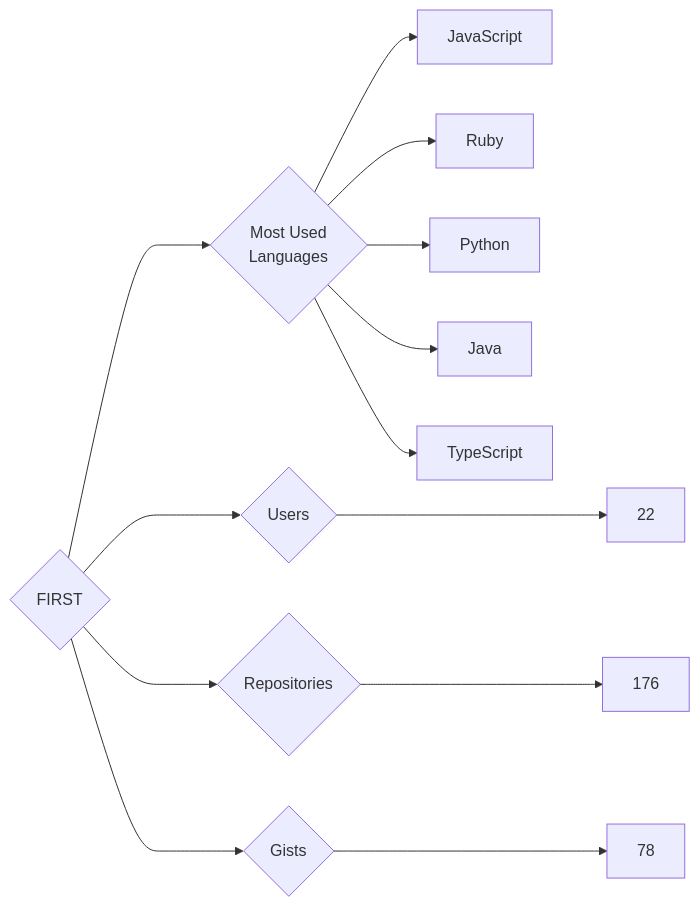
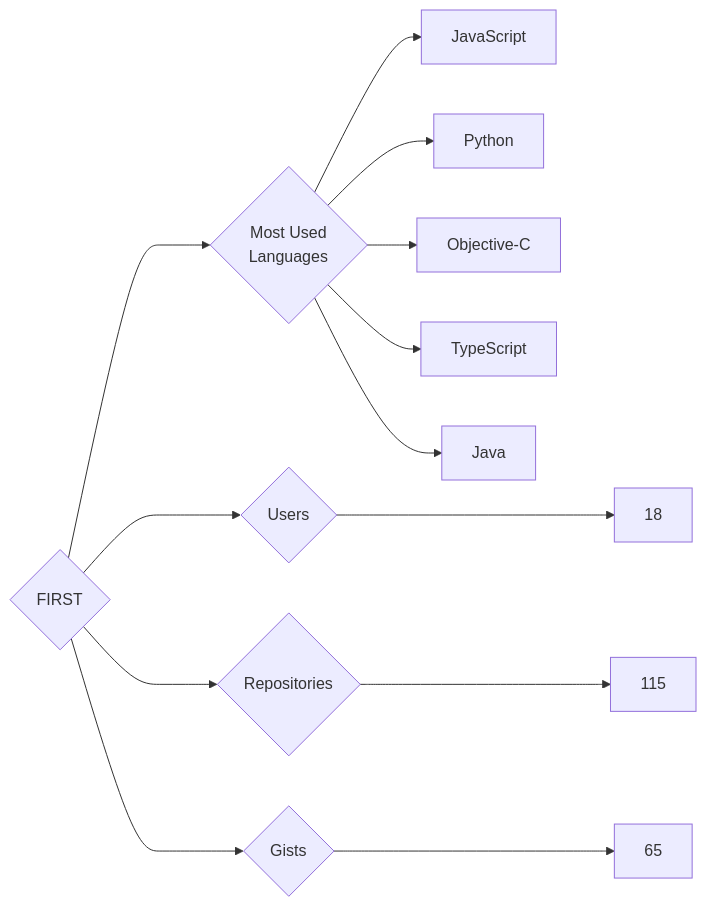
One commit to trickest/insiders changed the diagram in targets/FIRST/README.md. Above: the diagram before and after it, drawn with Mermaid. The commit also changed 895 other files, not shown here.

````diff
--- a/targets/FIRST/README.md
+++ b/targets/FIRST/README.md
@@ -3,13 +3,13 @@
 ```mermaid
 graph LR
 COMPANY_NAME{FIRST}
-COMPANY_NAME ---> U{Users} ---> UN[22]
-COMPANY_NAME ---> R{Repositories} ---> RN[176]
-COMPANY_NAME ---> G{Gists} ---> GN[78]
+COMPANY_NAME ---> U{Users} ---> UN[18]
+COMPANY_NAME ---> R{Repositories} ---> RN[115]
+COMPANY_NAME ---> G{Gists} ---> GN[65]
 COMPANY_NAME ---> ML{Most Used<br>Languages}
 ML --> JavaScript[JavaScript]
-ML --> Ruby[Ruby]
 ML --> Python[Python]
+ML --> Objective-C[Objective-C]
+ML --> TypeScript[TypeScript]
 ML --> Java[Java]
-ML --> TypeScript[TypeScript]
 ```
````
